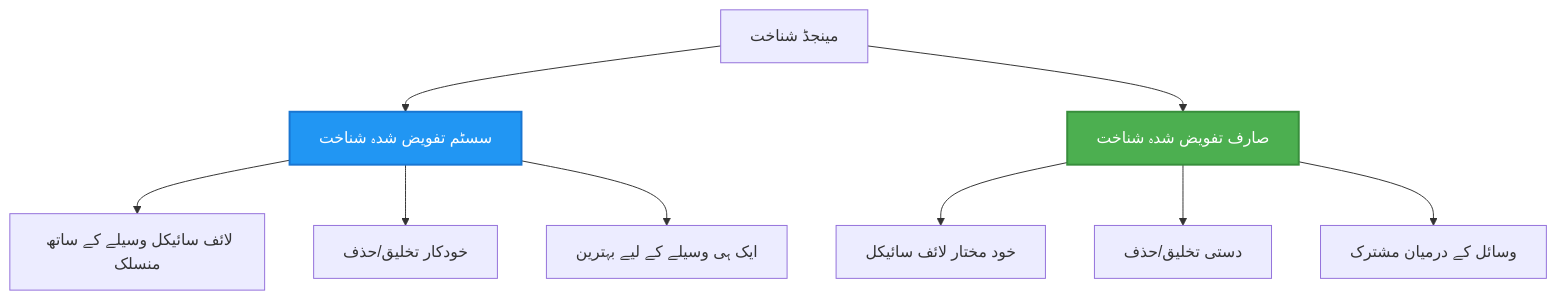
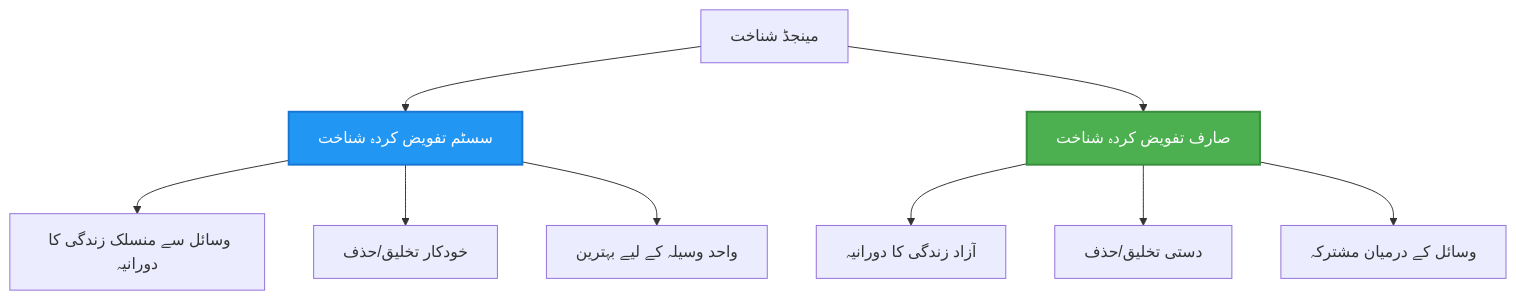
Before and after one commit to microsoft/AZD-for-beginners: the second of 2 diagrams in translations/ur/docs/chapter-03-configuration/authsecurity.md, drawn with Mermaid. The commit also changed other lines of this file and 101 other files, not shown here.

````diff
--- a/translations/ur/docs/chapter-03-configuration/authsecurity.md
+++ b/translations/ur/docs/chapter-03-configuration/authsecurity.md
@@ -97,20 +97,20 @@
 ```mermaid
 graph TB
     MI[مینجڈ شناخت]
-    SystemAssigned[سسٹم تفویض شدہ شناخت]
-    UserAssigned[صارف تفویض شدہ شناخت]
+    SystemAssigned[سسٹم تفویض کردہ شناخت]
+    UserAssigned[صارف تفویض کردہ شناخت]
     
     MI --> SystemAssigned
     MI --> UserAssigned
     
-    SystemAssigned --> SA1[لائف سائیکل وسیلے کے ساتھ منسلک]
+    SystemAssigned --> SA1[وسائل سے منسلک زندگی کا دورانیہ]
     SystemAssigned --> SA2[خودکار تخلیق/حذف]
-    SystemAssigned --> SA3[ایک ہی وسیلے کے لیے بہترین]
+    SystemAssigned --> SA3[واحد وسیلہ کے لیے بہترین]
     
-    UserAssigned --> UA1[خود مختار لائف سائیکل]
+    UserAssigned --> UA1[آزاد زندگی کا دورانیہ]
     UserAssigned --> UA2[دستی تخلیق/حذف]
-    UserAssigned --> UA3[وسائل کے درمیان مشترک]
+    UserAssigned --> UA3[وسائل کے درمیان مشترکہ]
     
     style SystemAssigned fill:#2196F3,stroke:#1976D2,stroke-width:2px,color:#fff
     style UserAssigned fill:#4CAF50,stroke:#388E3C,stroke-width:2px,color:#fff
 ```
````
